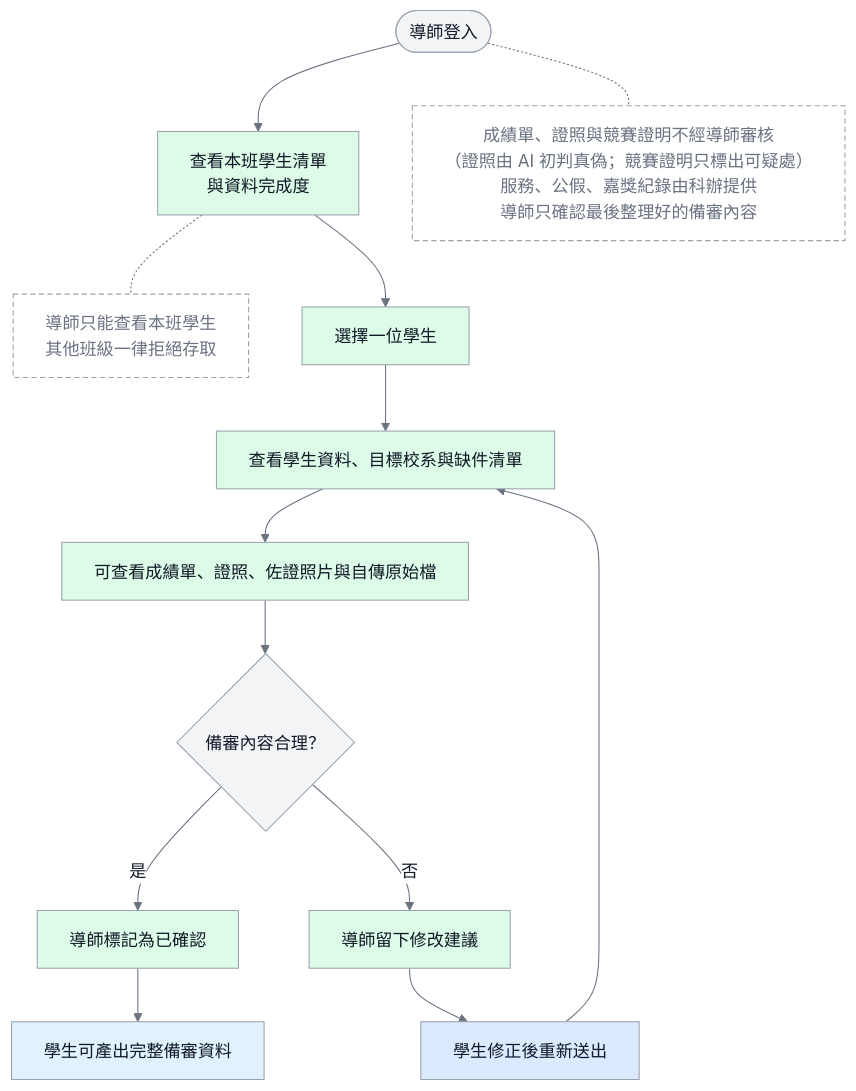
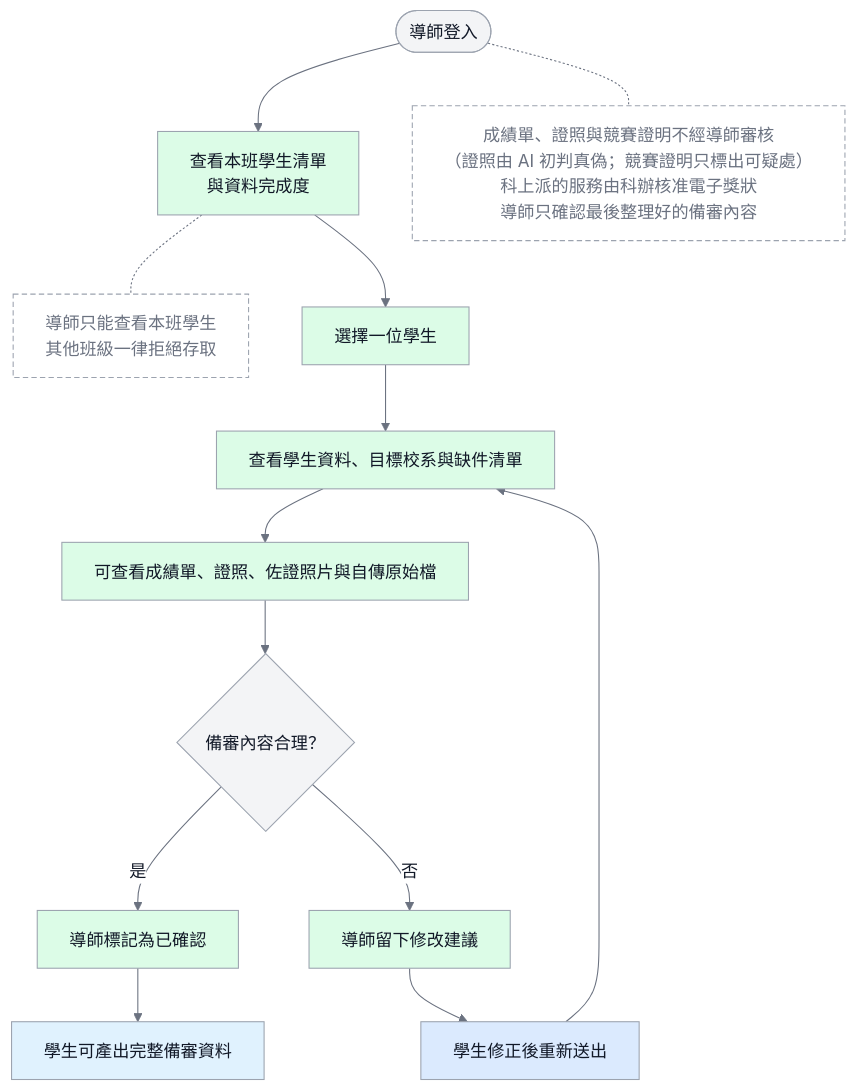
The diagram in docs/images/D-16-teacher-confirm-flow.mmd (vujhdcusa/1028), drawn with Mermaid before and after one commit. The commit also changed 33 other files, not shown here.

```diff
--- a/docs/images/D-16-teacher-confirm-flow.mmd
+++ b/docs/images/D-16-teacher-confirm-flow.mmd
@@ -1,23 +1,23 @@
 %%{init: {'theme':'base','themeVariables': {'fontFamily':'Microsoft JhengHei, Noto Sans TC, Arial, sans-serif','primaryColor':'#F3F4F6','primaryTextColor':'#111827','primaryBorderColor':'#9CA3AF','lineColor':'#6B7280','edgeLabelBackground':'#FFFFFF'},'flowchart':{'wrappingWidth':400}}}%%
 flowchart TD
     classDef student fill:#DBEAFE,stroke:#9CA3AF,color:#111827,stroke-width:1px;
     classDef teacher fill:#DCFCE7,stroke:#9CA3AF,color:#111827,stroke-width:1px;
     classDef admin fill:#EDE9FE,stroke:#9CA3AF,color:#111827,stroke-width:1px;
     classDef system fill:#E0F2FE,stroke:#9CA3AF,color:#111827,stroke-width:1px;
     classDef store fill:#F3F4F6,stroke:#9CA3AF,color:#111827,stroke-width:1px;
     classDef ai fill:#FFEDD5,stroke:#9CA3AF,color:#111827,stroke-width:1px;
     classDef alert fill:#FEE2E2,stroke:#9CA3AF,color:#111827,stroke-width:1px;
     classDef pending fill:#FFFFFF,stroke:#9CA3AF,color:#6B7280,stroke-width:1px,stroke-dasharray:5 3;
 
     Start([導師登入]) --> List[查看本班學生清單<br/>與資料完成度]:::teacher
     List -.- Scope[導師只能查看本班學生<br/>其他班級一律拒絕存取]:::pending
-    Start -.- NoCert[成績單、證照與競賽證明不經導師審核<br/>（證照由 AI 初判真偽；競賽證明只標出可疑處）<br/>服務、公假、嘉獎紀錄由科辦提供<br/>導師只確認最後整理好的備審內容]:::pending
+    Start -.- NoCert[成績單、證照與競賽證明不經導師審核<br/>（證照由 AI 初判真偽；競賽證明只標出可疑處）<br/>科上派的服務由科辦核准電子獎狀<br/>導師只確認最後整理好的備審內容]:::pending
     List --> Pick[選擇一位學生]:::teacher
     Pick --> View[查看學生資料、目標校系與缺件清單]:::teacher
     View --> Original[可查看成績單、證照、佐證照片與自傳原始檔]:::teacher
     Original --> Reasonable{備審內容合理？}
     Reasonable -- 是 --> Confirm[導師標記為已確認]:::teacher
     Confirm --> Ready[學生可產出完整備審資料]:::system
     Reasonable -- 否 --> Advice[導師留下修改建議]:::teacher
     Advice --> Fix[學生修正後重新送出]:::student
     Fix --> View
```
